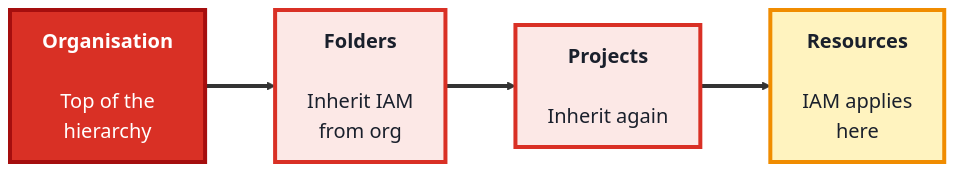
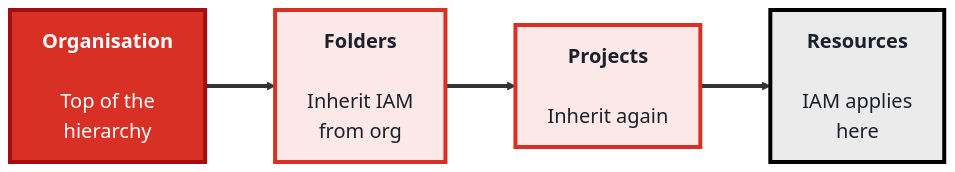
The third of 3 diagrams in src/Pages/courses/TechGuard/module-6-cloud-security.md (SHEMODELTECH/shemodeltech), drawn with Mermaid before and after one commit. The commit also changed other lines of this file and 46 other files, not shown here.

````diff
--- a/src/Pages/courses/TechGuard/module-6-cloud-security.md
+++ b/src/Pages/courses/TechGuard/module-6-cloud-security.md
@@ -142,16 +142,16 @@
 ```mermaid
 %%{init: {'theme':'base', 'themeVariables': {'fontSize':'20px', 'primaryTextColor':'#1a202c', 'primaryBorderColor':'#a50e0e', 'lineColor':'#333333'}, 'flowchart': {'nodeSpacing': 55, 'rankSpacing': 70, 'padding': 16}}}%%
 flowchart LR
     ORG["<b>Organisation</b><br/><br/>Top of the<br/>hierarchy"]
     FOL["<b>Folders</b><br/><br/>Inherit IAM<br/>from org"]
     PRJ["<b>Projects</b><br/><br/>Inherit again"]
     RES["<b>Resources</b><br/><br/>IAM applies<br/>here"]
 
     ORG ==> FOL ==> PRJ ==> RES
 
     style ORG fill:#d93025,color:#fff,stroke:#a50e0e,stroke-width:4px
     style FOL fill:#fce8e6,color:#1a202c,stroke:#d93025,stroke-width:4px
     style PRJ fill:#fce8e6,color:#1a202c,stroke:#d93025,stroke-width:4px
-    style RES fill:#fff3bf,color:#1a202c,stroke:#f08c00,stroke-width:4px
+    style RES fill:#EBEBEB,color:#1a202c,stroke:#000000,stroke-width:4px
     linkStyle default stroke-width:4px,stroke:#333333
 ```
````
